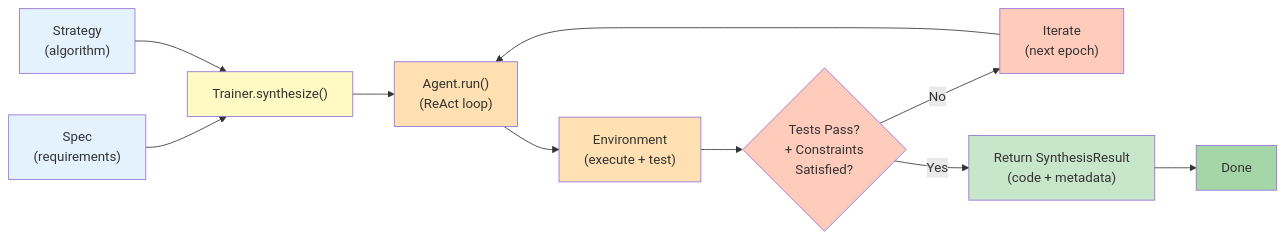
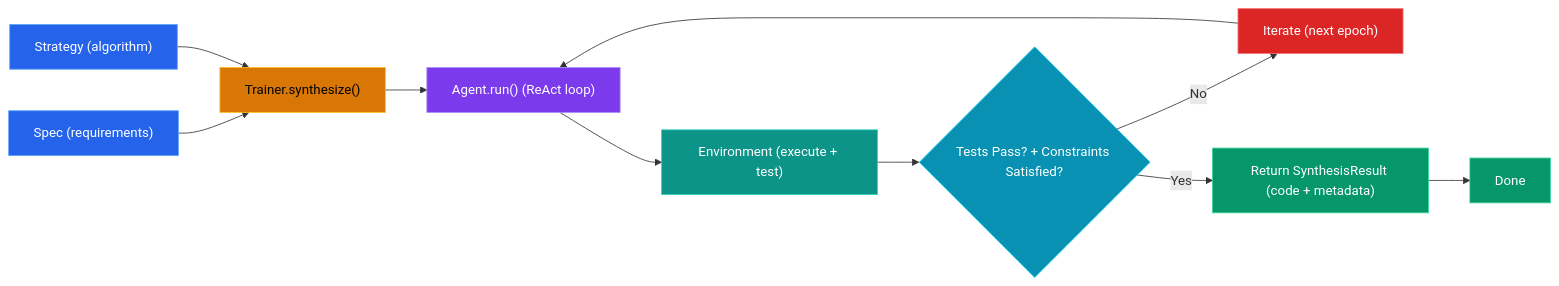
One commit to 0bserver07/chimera changed the fourth of 4 diagrams in site/src/content/docs/architecture.md. Above: the diagram before and after it, drawn with Mermaid. The commit also changed other lines of this file and 45 other files, not shown here.

First line of the commit message:
docs: fix docs site — mermaid rendering, dark colors, broken links, model names

````diff
--- a/site/src/content/docs/architecture.md
+++ b/site/src/content/docs/architecture.md
@@ -379,31 +407,31 @@
 ```mermaid
 flowchart LR
-    Spec["Spec<br/>(requirements)"]
-    Strategy["Strategy<br/>(algorithm)"]
+    Spec["Spec (requirements)"]
+    Strategy["Strategy (algorithm)"]
 
     Spec --> Synthesize["Trainer.synthesize()"]
     Strategy --> Synthesize
 
-    Synthesize --> AgentRun["Agent.run()<br/>(ReAct loop)"]
+    Synthesize --> AgentRun["Agent.run() (ReAct loop)"]
 
-    AgentRun --> Env["Environment<br/>(execute + test)"]
+    AgentRun --> Env["Environment (execute + test)"]
 
-    Env --> TestPass{Tests Pass?<br/>+ Constraints<br/>Satisfied?}
+    Env --> TestPass{Tests Pass? + Constraints Satisfied?}
 
-    TestPass -->|No| Iterate["Iterate<br/>(next epoch)"]
+    TestPass -->|No| Iterate["Iterate (next epoch)"]
     Iterate --> AgentRun
 
-    TestPass -->|Yes| Return["Return SynthesisResult<br/>(code + metadata)"]
+    TestPass -->|Yes| Return["Return SynthesisResult (code + metadata)"]
 
     Return --> End["Done"]
 
-    style Spec fill:#e3f2fd
-    style Strategy fill:#e3f2fd
-    style Synthesize fill:#fff9c4
-    style AgentRun fill:#ffe0b2
-    style Env fill:#ffe0b2
-    style TestPass fill:#ffccbc
-    style Iterate fill:#ffccbc
-    style Return fill:#c8e6c9
-    style End fill:#a5d6a7
+    style Spec fill:#2563eb,stroke:#60a5fa,color:#fff
+    style Strategy fill:#2563eb,stroke:#60a5fa,color:#fff
+    style Synthesize fill:#d97706,stroke:#fbbf24,color:#000
+    style AgentRun fill:#7c3aed,stroke:#a78bfa,color:#fff
+    style Env fill:#0d9488,stroke:#2dd4bf,color:#fff
+    style TestPass fill:#0891b2,stroke:#22d3ee,color:#fff
+    style Iterate fill:#dc2626,stroke:#f87171,color:#fff
+    style Return fill:#059669,stroke:#34d399,color:#fff
+    style End fill:#059669,stroke:#34d399,color:#fff
 ```
````
